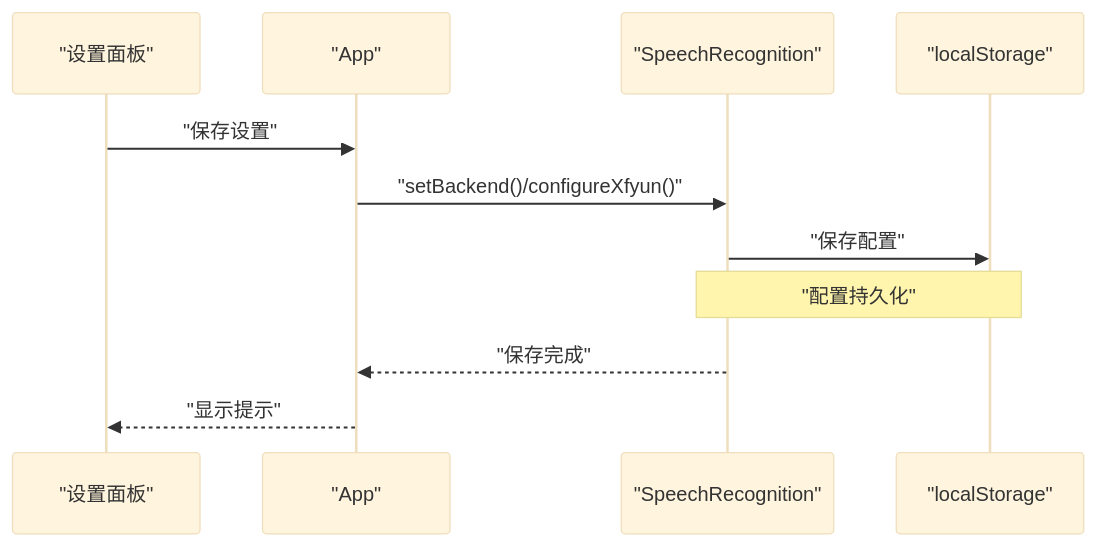
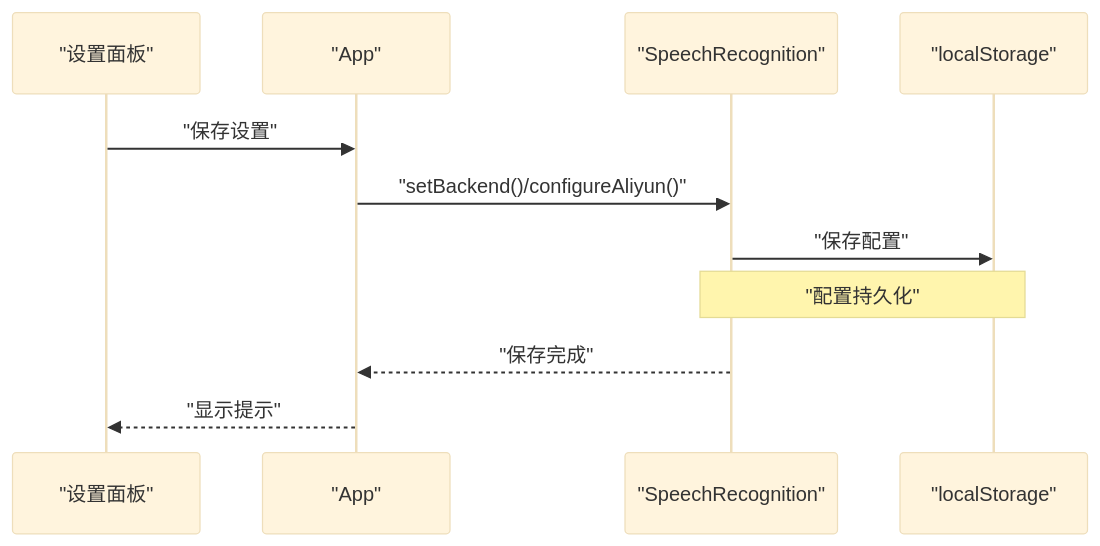
The sixth of 10 diagrams in .qoder/repowiki/zh/content/语音识别模块详解/多后端管理机制.md (db300/MySpeechRecognition), drawn with Mermaid (base theme) before and after one commit. The commit also changed other lines of this file and 10 other files, not shown here.

````diff
--- a/.qoder/repowiki/zh/content/语音识别模块详解/多后端管理机制.md
+++ b/.qoder/repowiki/zh/content/语音识别模块详解/多后端管理机制.md
@@ -216,13 +240,13 @@
 ```mermaid
 sequenceDiagram
 participant UI as "设置面板"
 participant App as "App"
 participant SR as "SpeechRecognition"
 participant LS as "localStorage"
 UI->>App : "保存设置"
-App->>SR : "setBackend()/configureXfyun()"
+App->>SR : "setBackend()/configureAliyun()"
 SR->>LS : "保存配置"
 Note over SR,LS : "配置持久化"
 SR-->>App : "保存完成"
 App-->>UI : "显示提示"
 ```
````
